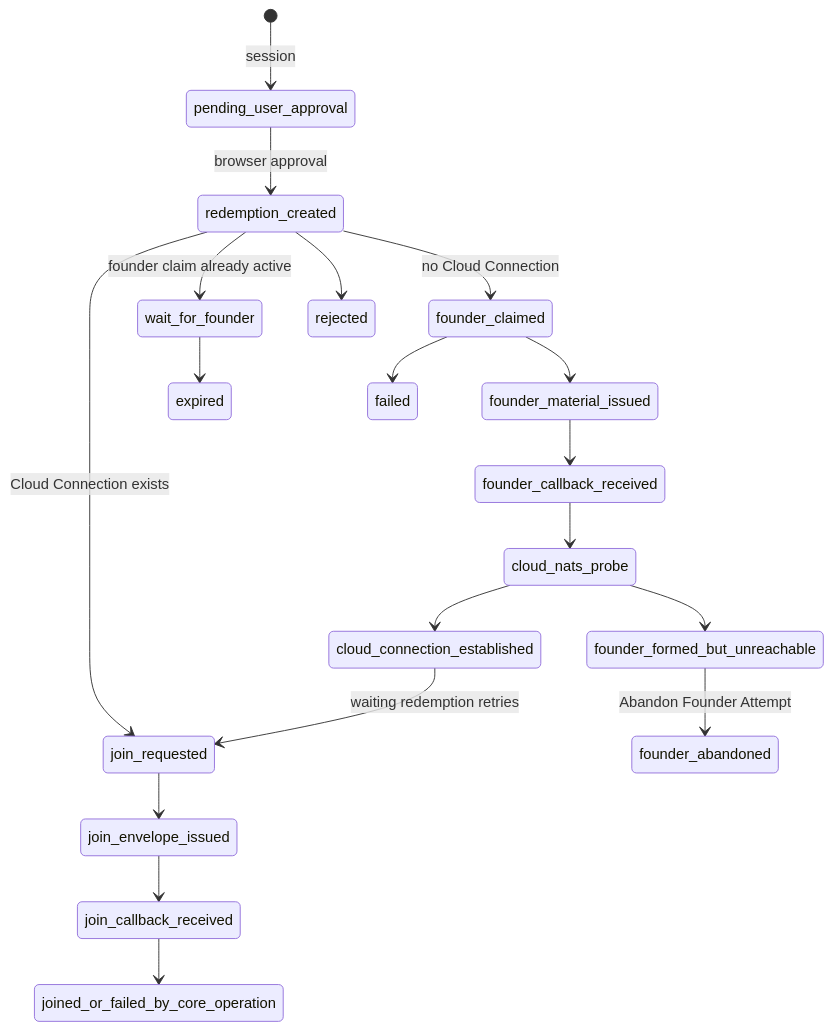
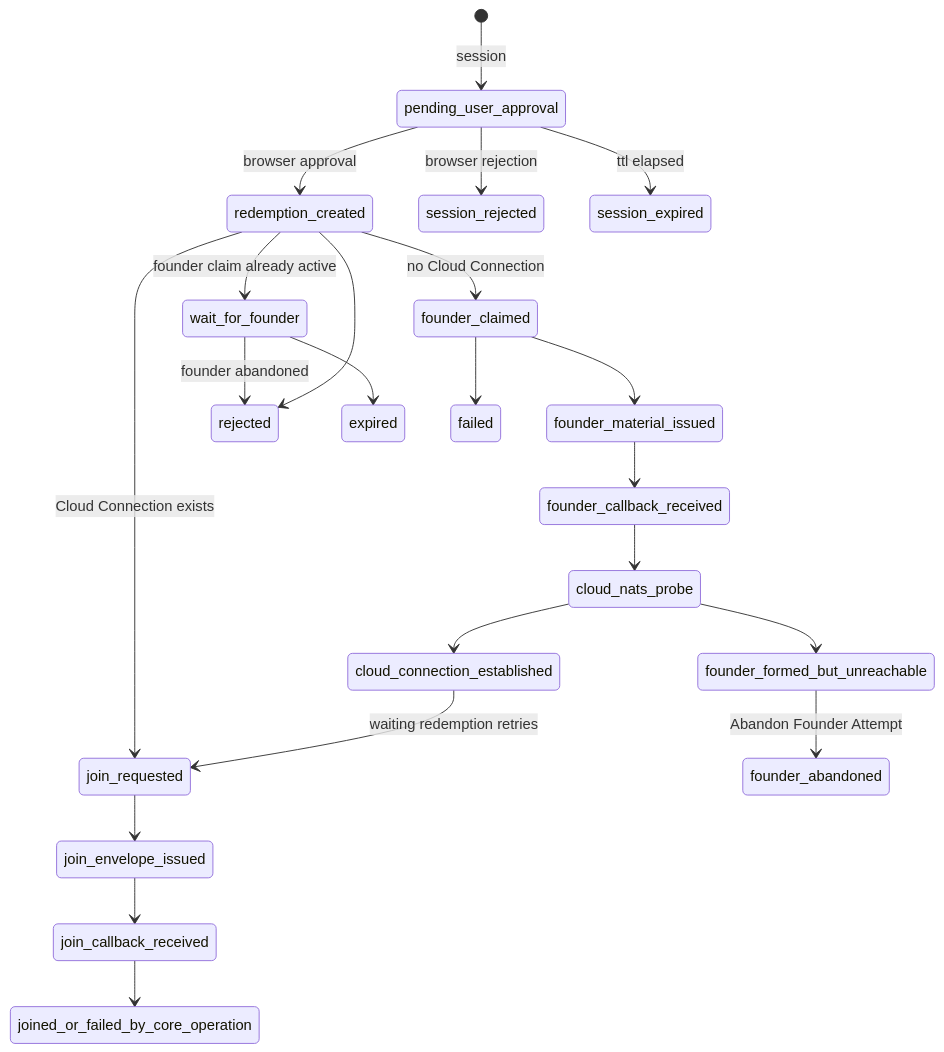
One commit to getployz/ployz changed the third of 3 diagrams in docs/plans/2026-06-26-002-feat-cross-repo-cloud-bootstrap-full-functionality-plan.md. Above: the diagram before and after it, drawn with Mermaid. The commit also changed other lines of this file and 52 other files, not shown here.

````diff
--- a/docs/plans/2026-06-26-002-feat-cross-repo-cloud-bootstrap-full-functionality-plan.md
+++ b/docs/plans/2026-06-26-002-feat-cross-repo-cloud-bootstrap-full-functionality-plan.md
@@ -396,21 +469,24 @@
 ```mermaid
 stateDiagram-v2
   [*] --> pending_user_approval: session
   pending_user_approval --> redemption_created: browser approval
+  pending_user_approval --> session_rejected: browser rejection
+  pending_user_approval --> session_expired: ttl elapsed
   redemption_created --> founder_claimed: no Cloud Connection
   redemption_created --> wait_for_founder: founder claim already active
   redemption_created --> join_requested: Cloud Connection exists
   founder_claimed --> founder_material_issued
   founder_material_issued --> founder_callback_received
   founder_callback_received --> cloud_nats_probe
   cloud_nats_probe --> cloud_connection_established
   cloud_nats_probe --> founder_formed_but_unreachable
   founder_formed_but_unreachable --> founder_abandoned: Abandon Founder Attempt
   cloud_connection_established --> join_requested: waiting redemption retries
+  wait_for_founder --> rejected: founder abandoned
   join_requested --> join_envelope_issued
   join_envelope_issued --> join_callback_received
   join_callback_received --> joined_or_failed_by_core_operation
   redemption_created --> rejected
   wait_for_founder --> expired
   founder_claimed --> failed
 ```
````
